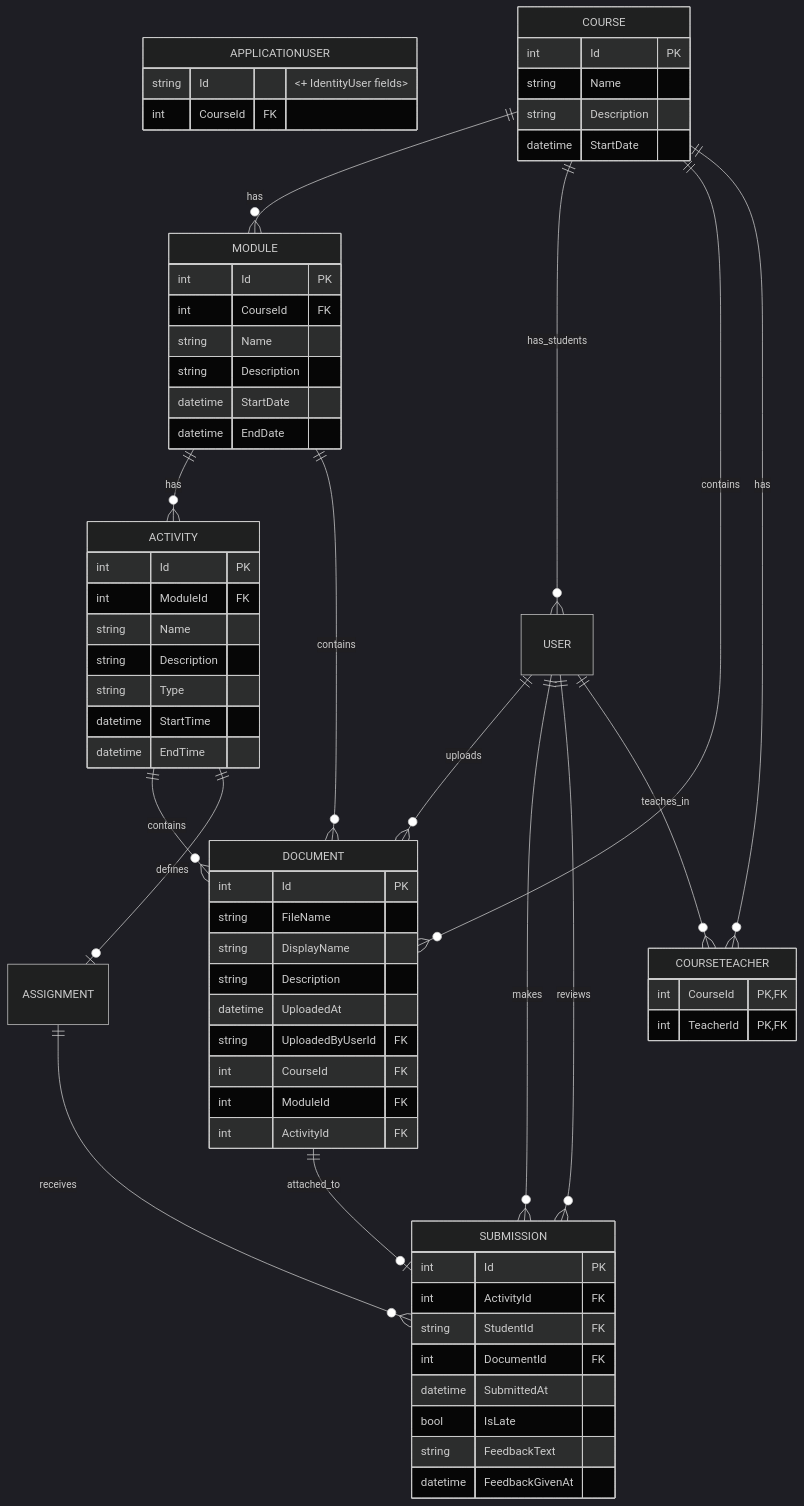
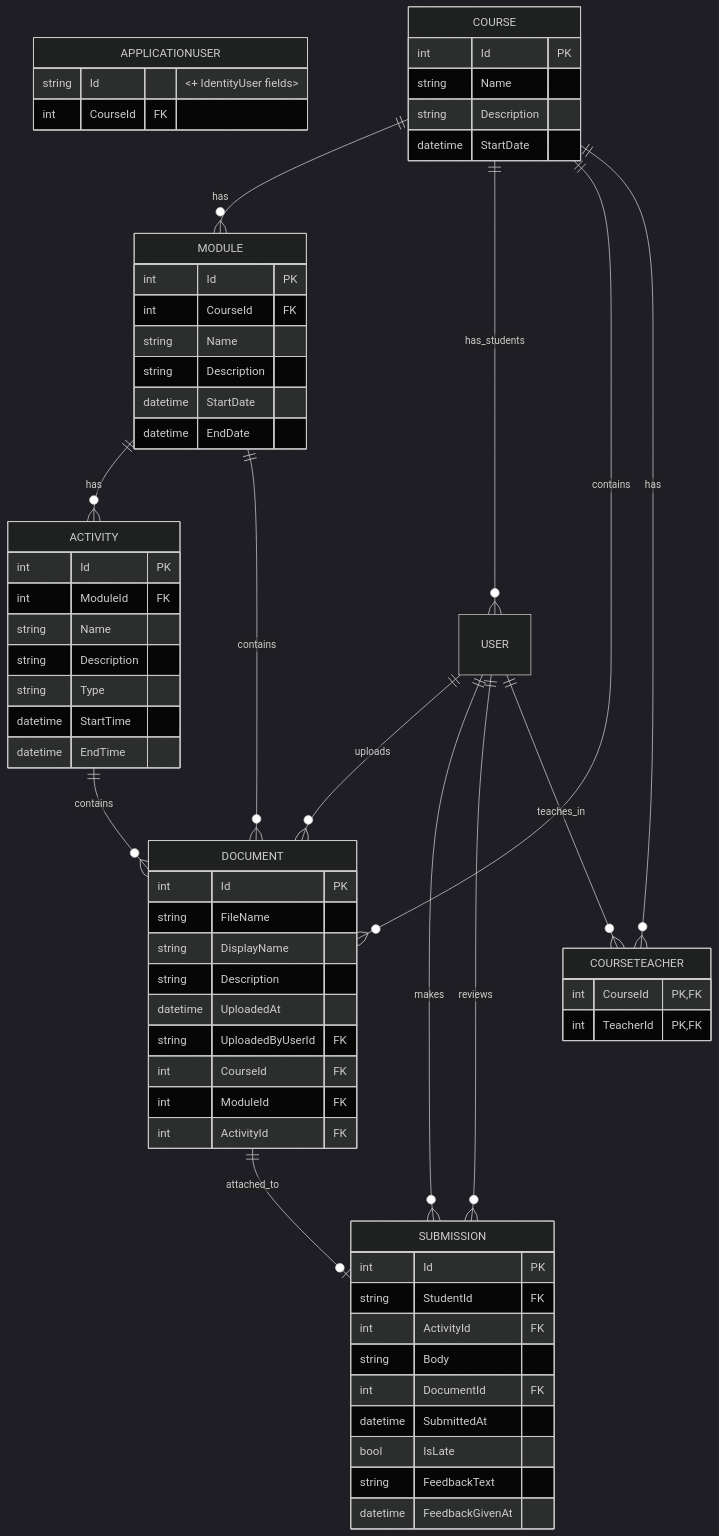
Before and after one commit to Lexicon-NET-2025-HT/LMS: the diagram in README.md, drawn with Mermaid (dark theme).

Commit message:
update db schema in readme

````diff
--- a/README.md
+++ b/README.md
@@ -4,76 +4,75 @@
 ```mermaid
 erDiagram
     APPLICATIONUSER {
         string Id "<+ IdentityUser fields>"
         int CourseId FK
     }
 
     COURSE {
         int Id PK
         string Name
         string Description
         datetime StartDate
     }
 
     MODULE {
         int Id PK
         int CourseId FK
         string Name
         string Description
         datetime StartDate
         datetime EndDate
     }
 
     ACTIVITY {
         int Id PK
         int ModuleId FK
         string Name
         string Description
         string Type
         datetime StartTime
         datetime EndTime
     }
 
     DOCUMENT {
         int Id PK
         string FileName
         string DisplayName
         string Description
         datetime UploadedAt
         string UploadedByUserId FK
         int CourseId FK
         int ModuleId FK
         int ActivityId FK
     }
 
     SUBMISSION {
         int Id PK
+        string StudentId FK
         int ActivityId FK
-        string StudentId FK
+        string Body
         int DocumentId FK
         datetime SubmittedAt
         bool IsLate
         string FeedbackText
         datetime FeedbackGivenAt
     }
 
     COURSETEACHER {
         int CourseId PK, FK
         int TeacherId PK, FK
     }
 
     COURSE ||--o{ MODULE : has
     MODULE ||--o{ ACTIVITY : has
     COURSE ||--o{ USER : has_students
     USER ||--o{ DOCUMENT : uploads
     COURSE ||--o{ DOCUMENT : contains
     MODULE ||--o{ DOCUMENT : contains
     ACTIVITY ||--o{ DOCUMENT : contains
-    ACTIVITY ||--o| ASSIGNMENT : defines
-    ASSIGNMENT ||--o{ SUBMISSION : receives
     USER ||--o{ SUBMISSION : makes
     DOCUMENT ||--o| SUBMISSION : attached_to
     USER ||--o{ SUBMISSION : reviews
     COURSE ||--o{ COURSETEACHER : has
     USER ||--o{ COURSETEACHER : teaches_in
 ```
````
